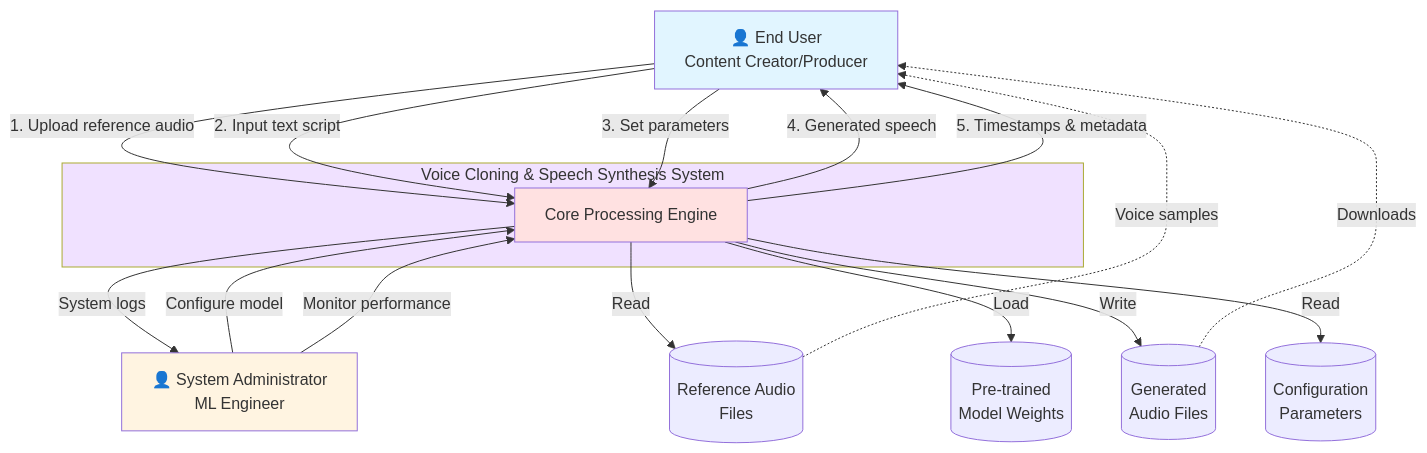
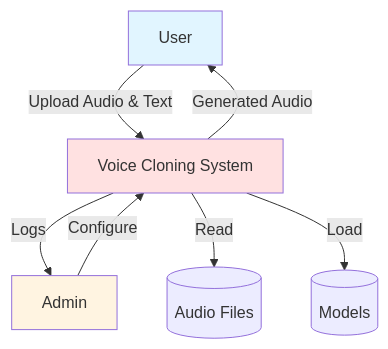
Before and after one commit to hvardhan1024/testrepo: the third of 11 diagrams in README.md, drawn with Mermaid. The commit also changed other lines of this file, not shown here.

First line of the commit message:
Revise architecture diagrams and descriptions in README

````diff
--- a/README.md
+++ b/README.md
@@ -153,37 +81,14 @@
 ```mermaid
 graph TB
-    User[👤 End User<br/>Content Creator/Producer]
-    Admin[👤 System Administrator<br/>ML Engineer]
+    User[User] -->|Upload Audio & Text| System[Voice Cloning System]
+    System -->|Generated Audio| User
+    Admin[Admin] -->|Configure| System
+    System -->|Logs| Admin
     
-    subgraph System["Voice Cloning & Speech Synthesis System"]
-        Core[Core Processing Engine]
-    end
-    
-    RefAudio[(Reference Audio<br/>Files)]
-    Models[(Pre-trained<br/>Model Weights)]
-    Output[(Generated<br/>Audio Files)]
-    Config[(Configuration<br/>Parameters)]
-    
-    User -->|1. Upload reference audio| Core
-    User -->|2. Input text script| Core
-    User -->|3. Set parameters| Core
-    Core -->|4. Generated speech| User
-    Core -->|5. Timestamps & metadata| User
-    
-    Admin -->|Configure model| Core
-    Admin -->|Monitor performance| Core
-    Core -->|System logs| Admin
-    
-    Core -->|Read| RefAudio
-    Core -->|Load| Models
-    Core -->|Write| Output
-    Core -->|Read| Config
-    
-    RefAudio -.->|Voice samples| User
-    Output -.->|Downloads| User
+    System -->|Read| Audio[(Audio Files)]
+    System -->|Load| Models[(Models)]
     
     style User fill:#e1f5ff
     style Admin fill:#fff4e1
-    style System fill:#f0e1ff
-    style Core fill:#ffe1e1
+    style System fill:#ffe1e1
 ```
````
